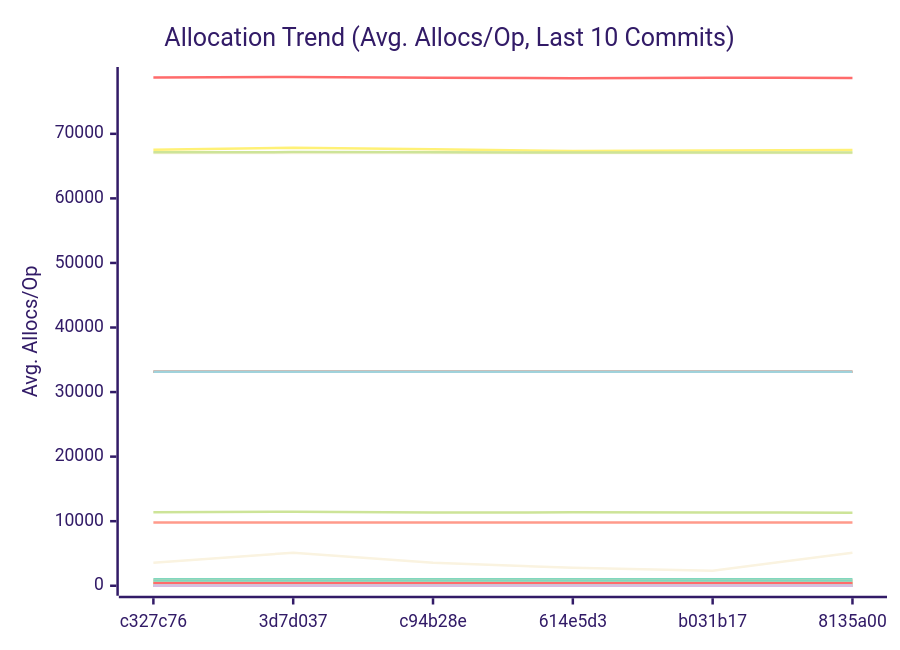
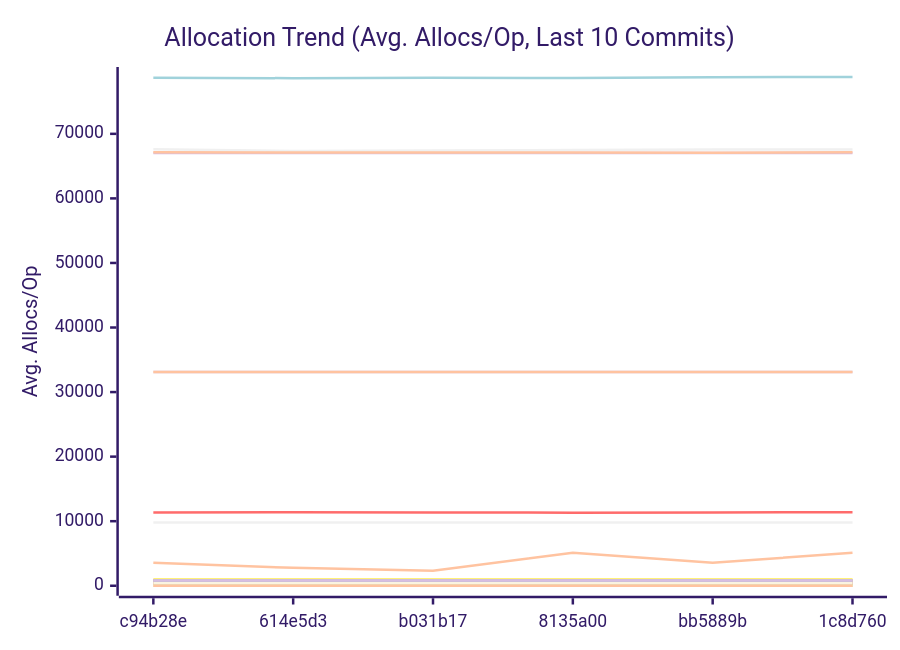
Before and after one commit to alsotoes/momo: the third of 3 diagrams in docs/REFERENCE/PERFORMANCE.md, drawn with Mermaid (forest theme). The commit also changed other lines of this file and 3 other files, not shown here.

````diff
--- a/docs/REFERENCE/PERFORMANCE.md
+++ b/docs/REFERENCE/PERFORMANCE.md
@@ -360,44 +405,53 @@
 ```mermaid
 xychart-beta
     title "Allocation Trend (Avg. Allocs/Op, Last 10 Commits)"
     x-axis "Commit"
     y-axis "Avg. Allocs/Op"
-    x-axis [c327c76,3d7d037,c94b28e,614e5d3,b031b17,8135a00]
-    line "AWSChunkedReaderSigned" [11392,11480,11346,11370,11345,11319,11351,11392,11401,11341]
-    line "AWSChunkedReaderUnsigned" [78742,78802,78690,78621,78704,78640,78777,78804,78750,78733]
+    x-axis [c94b28e,614e5d3,b031b17,8135a00,bb5889b,1c8d760]
+    line "AdaptivePutBlob64KiB" [0,0,0,0,0,0,0,0,0,0]
+    line "AWSChunkedReaderSigned" [11346,11370,11345,11319,11351,11392,11401,11341,11197,11180]
+    line "AWSChunkedReaderUnsigned" [78690,78621,78704,78640,78777,78804,78750,78733,78518,78515]
     line "CheckMetricsAndSwap" [0,0,0,0,0,0,0,0,0,0]
     line "CrushOptimized" [0,0,0,0,0,0,0,0,0,0]
     line "CrushOriginal" [3,3,3,3,3,3,3,3,3,3]
+    line "EtagMatches" [0,0,0,0,0,0,0,0,0,0]
+    line "EtagMatchesSplit" [0,0,0,0,0,0,0,0,1,1]
     line "FormatListObjectsV2XML_AppendFormat" [16,16,16,16,16,16,16,16,16,16]
     line "FormatListObjectsV2XML_OldFormat" [1000,1000,1000,1000,1000,1000,1000,1000,1000,1000]
     line "HashBytes/1MiB" [64,64,64,64,64,64,64,64,64,64]
     line "HashBytes/256MiB" [64,64,64,64,64,64,64,64,64,64]
     line "HashBytes/64MiB" [64,64,64,64,64,64,64,64,64,64]
     line "HashFile/1MiB" [33128,33128,33128,33128,33128,33128,33128,33128,33128,33128]
     line "HashFile/256MiB" [33128,33128,33128,33128,33128,33128,33128,33128,33128,33128]
     line "HashFile/64MiB" [33128,33128,33128,33128,33128,33128,33128,33128,33128,33128]
     line "IndexDirectTracking" [0,0,0,0,0,0,0,0,0,0]
     line "IndexSearch" [0,0,0,0,0,0,0,0,0,0]
     line "LastModifiedHeader_AppendFormat" [0,0,0,0,0,0,0,0,0,0]
     line "LastModifiedHeader_Format" [1,1,1,1,1,1,1,1,1,1]
+    line "ListPartsTime_AppendFormat" [0,0,0,0,0,0,0,0,0,0]
+    line "ListPartsTime_Format" [0,0,0,0,0,0,0,0,1,1]
     line "LoadGlobalConfig" [58,58,58,58,58,58,58,58,58,58]
-    line "LocalWrite/1MiB" [67042,67042,67033,67031,67039,67040,67044,67048,67040,67040]
-    line "LocalWrite/256MiB" [67537,67838,67598,67348,67405,67488,67564,67569,67644,67553]
-    line "LocalWrite/64MiB" [67134,67169,67134,67099,67099,67127,67078,67158,67158,67139]
+    line "LocalWrite/1MiB" [67033,67031,67039,67040,67044,67048,67040,67040,67081,67076]
+    line "LocalWrite/256MiB" [67598,67348,67405,67488,67564,67569,67644,67553,67378,67316]
+    line "LocalWrite/64MiB" [67134,67099,67099,67127,67078,67158,67158,67139,67123,67115]
     line "PadString" [1,1,1,1,1,1,1,1,1,1]
+    line "ParseAWSChunkHeader" [0,0,0,0,0,0,0,0,0,0]
     line "ParseReplicationOrder_NoPrealloc" [6,6,6,6,6,5,5,5,5,5]
     line "ParseReplicationOrder_Prealloc" [2,2,2,2,2,1,1,1,1,1]
+    line "PheromoneSelectReplica" [0,0,0,0,0,0,0,0,0,0]
     line "Placement" [6,6,6,6,6,6,6,6,6,6]
     line "PlacementDomainSpread" [6,6,6,6,6,6,6,6,6,6]
-    line "ReadVerify/1MiB" [493,526,438,437,474,439,490,440,496,437]
-    line "ReadVerify/256MiB" [9808,9808,9808,9808,9808,9808,9808,9808,9808,9808]
-    line "ReadVerify/64MiB" [3557,5120,3557,2776,2307,5120,3557,5120,3557,3557]
-    line "S3PutSpool/1MiB" [448,448,448,447,448,447,447,447,447,447]
+    line "ReadVerify/1MiB" [438,437,474,439,490,440,496,437,458,471]
+    line "ReadVerify/256MiB" [9808,9808,9808,9808,9808,9808,9808,9808,9808,5120]
+    line "ReadVerify/64MiB" [3557,2776,2307,5120,3557,5120,3557,3557,2307,2776]
+    line "S3PutSpool/1MiB" [448,447,448,447,447,447,447,447,447,447]
     line "S3PutSpool/256MiB" [448,448,448,448,448,448,448,448,448,448]
     line "S3PutSpool/64MiB" [448,448,448,448,448,448,448,448,448,448]
     line "SanitizeLog/Safe" [0,0,0,0,0,0,0,0,0,0]
     line "SanitizeLog/Unsafe" [1,1,1,1,1,1,1,1,1,1]
-    line "TrustedRead/1MiB" [800,800,800,800,800,858,800,800,800,800]
+    line "TrustedRead/1MiB" [800,800,800,858,800,800,800,800,800,822]
     line "TrustedRead/256MiB" [800,800,800,800,800,800,800,800,800,800]
     line "TrustedRead/64MiB" [800,800,800,800,800,800,800,800,800,800]
+    line "VolumeGetBlob64KiB" [0,0,0,0,0,0,0,0,0,0]
+    line "VolumePutBlob64KiB" [0,0,0,0,0,0,0,0,0,0]
 ```
````
